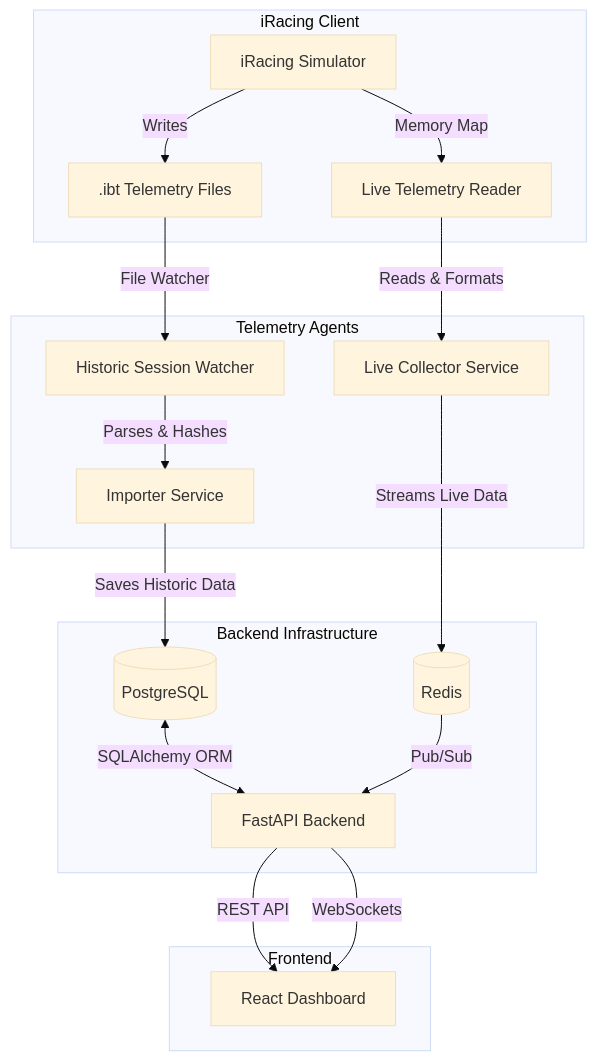
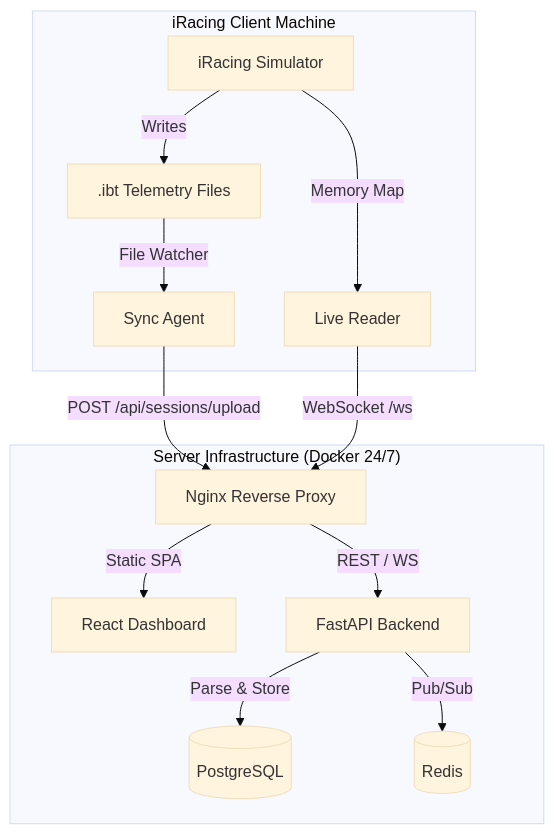
The diagram in README.md (0resuto/iracing-cold-mirror), drawn with Mermaid (base theme) before and after one commit. The commit also changed other lines of this file, not shown here.

Commit message:
docs: update README with client-server HTTP architecture, Mermaid diagram, and Docker production deploy guide

````diff
--- a/README.md
+++ b/README.md
@@ -23,25 +25,18 @@
 ```mermaid
 graph TD
-    subgraph iRacing Client
+    subgraph Client["iRacing Client Machine"]
         A[iRacing Simulator] -->|Writes| B[.ibt Telemetry Files]
-        A -->|Memory Map| L[Live Telemetry Reader]
+        A -->|Memory Map| L[Live Reader]
+        B -->|File Watcher| C[Sync Agent]
     end
 
-    subgraph Telemetry Agents
-        B -->|File Watcher| C[Historic Session Watcher]
-        C -->|Parses & Hashes| D[Importer Service]
-        L -->|Reads & Formats| M[Live Collector Service]
-    end
-
-    subgraph Backend Infrastructure
-        D -->|Saves Historic Data| E[(PostgreSQL)]
-        M -->|Streams Live Data| F[(Redis)]
-        E <-->|SQLAlchemy ORM| G[FastAPI Backend]
-        F -->|Pub/Sub| G
-    end
-
-    subgraph Frontend
-        G -->|REST API| H[React Dashboard]
-        G -->|WebSockets| H
+    subgraph Server["Server Infrastructure (Docker 24/7)"]
+        N[Nginx Reverse Proxy]
+        C -->|POST /api/sessions/upload| N
+        L -->|WebSocket /ws| N
+        N -->|Static SPA| H[React Dashboard]
+        N -->|REST / WS| G[FastAPI Backend]
+        G -->|Parse & Store| E[(PostgreSQL)]
+        G -->|Pub/Sub| F[(Redis)]
     end
 ```
````
